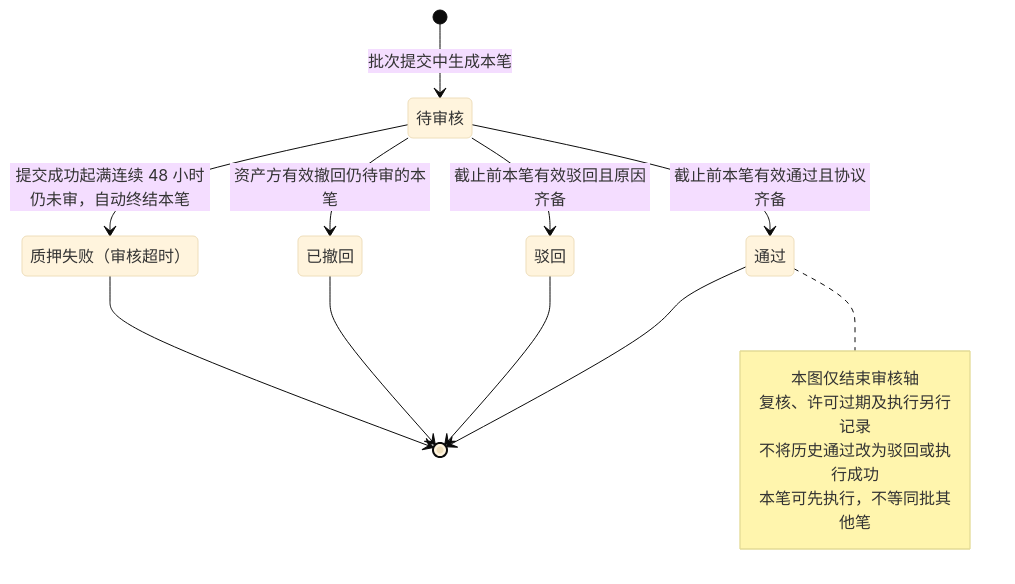
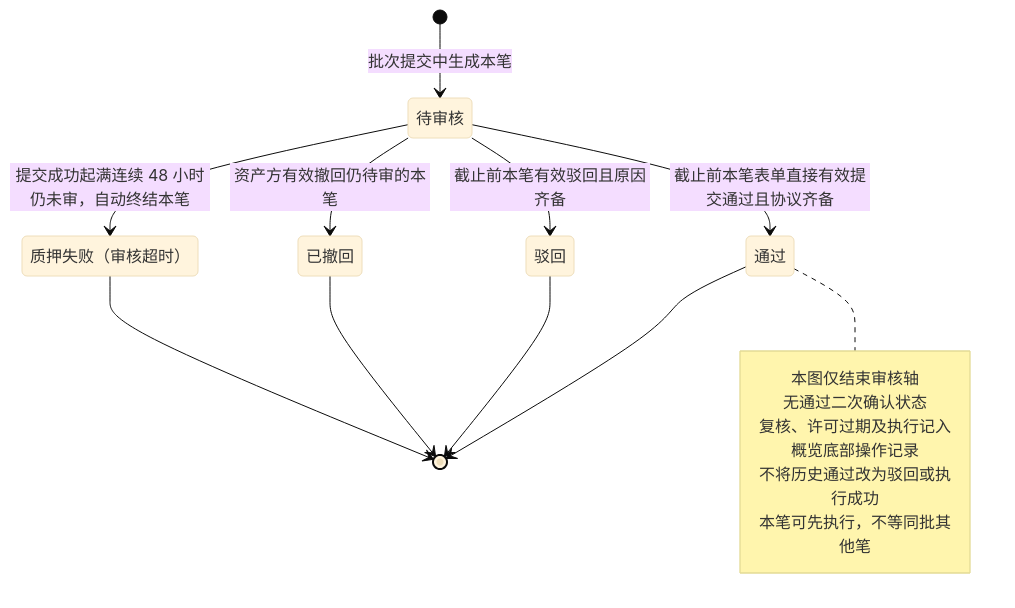
The fifth of 6 diagrams in lending-platform/PRD/v1.0-代币质押审核/v1.0-代币质押审核-流程图与状态机.md (wxblockchain/Chain-Financing), drawn with Mermaid (base theme) before and after one commit. The commit also changed other lines of this file and 1 other file, not shown here.

````diff
--- a/lending-platform/PRD/v1.0-代币质押审核/v1.0-代币质押审核-流程图与状态机.md
+++ b/lending-platform/PRD/v1.0-代币质押审核/v1.0-代币质押审核-流程图与状态机.md
@@ -99,23 +127,24 @@
 ```mermaid
 stateDiagram-v2
   state "待审核" as Pending
   state "通过" as Approved
   state "驳回" as Rejected
   state "已撤回" as Withdrawn
   state "质押失败（审核超时）" as Timeout
   [*] --> Pending: 批次提交中生成本笔
-  Pending --> Approved: 截止前本笔有效通过且协议齐备
+  Pending --> Approved: 截止前本笔表单直接有效提交通过且协议齐备
   Pending --> Rejected: 截止前本笔有效驳回且原因齐备
   Pending --> Withdrawn: 资产方有效撤回仍待审的本笔
   Pending --> Timeout: 提交成功起满连续 48 小时仍未审，自动终结本笔
   Approved --> [*]
   Rejected --> [*]
   Withdrawn --> [*]
   Timeout --> [*]
   note right of Approved
     本图仅结束审核轴
-    复核、许可过期及执行另行记录
+    无通过二次确认状态
+    复核、许可过期及执行记入概览底部操作记录
     不将历史通过改为驳回或执行成功
     本笔可先执行，不等同批其他笔
   end note
 ```
````
